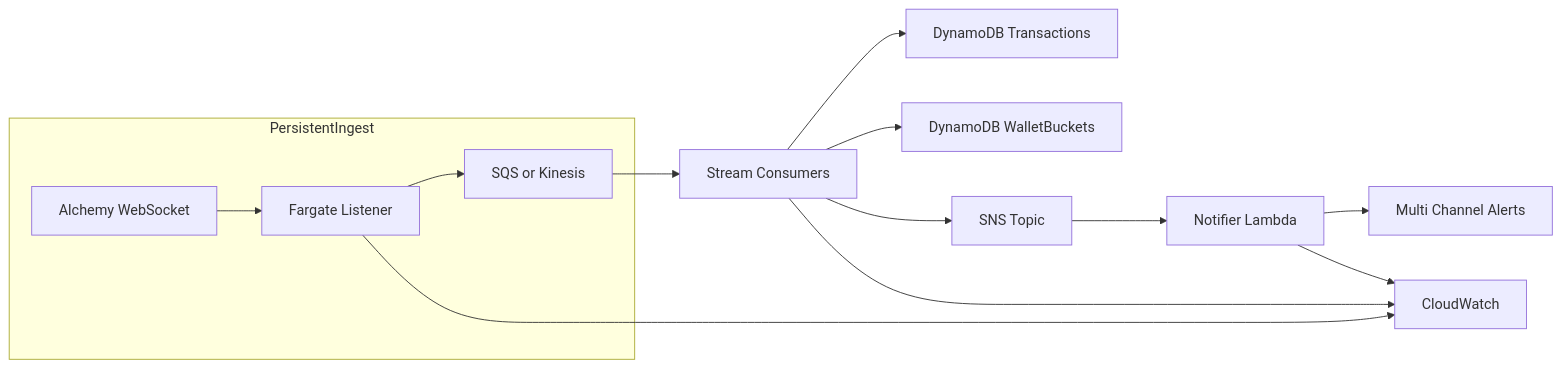
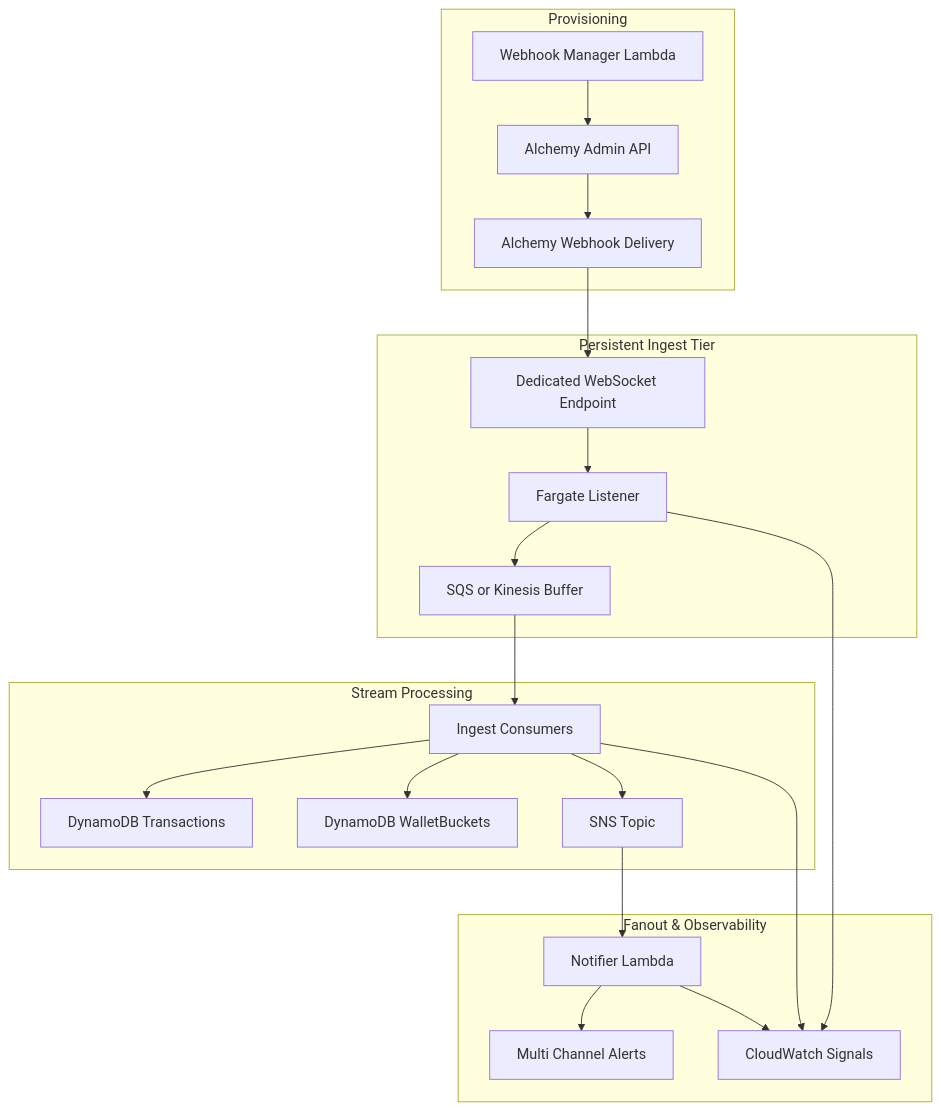
Before and after one commit to jimesal/serverless-eth-watcher: the second of 2 diagrams in README.md, drawn with Mermaid. The commit also changed other lines of this file and 14 other files, not shown here.

````diff
--- a/README.md
+++ b/README.md
@@ -92,16 +104,28 @@
 ```mermaid
-flowchart LR
-  subgraph PersistentIngest
-    W[Alchemy WebSocket] --> X[Fargate Listener]
-    X --> Y[SQS or Kinesis]
+flowchart TB
+  subgraph Provisioning
+    WM[Webhook Manager Lambda] --> AA[Alchemy Admin API]
+    AA --> AD[Alchemy Webhook Delivery]
   end
-  Y --> C[Stream Consumers]
-  C --> D[DynamoDB Transactions]
-  C --> E[DynamoDB WalletBuckets]
-  C --> F[SNS Topic]
-  F --> G[Notifier Lambda]
-  G --> H[Multi Channel Alerts]
-  X --> I[CloudWatch]
-  C --> I
-  G --> I
+
+  subgraph Persistent Ingest Tier
+    AD --> W[Dedicated WebSocket Endpoint]
+    W --> X[Fargate Listener]
+    X --> Y[SQS or Kinesis Buffer]
+  end
+
+  subgraph Stream Processing
+    Y --> C[Ingest Consumers]
+    C --> D[DynamoDB Transactions]
+    C --> E[DynamoDB WalletBuckets]
+    C --> F[SNS Topic]
+  end
+
+  subgraph Fanout & Observability
+    F --> G[Notifier Lambda]
+    G --> H[Multi Channel Alerts]
+    X --> I[CloudWatch Signals]
+    C --> I
+    G --> I
+  end
 ```
````
